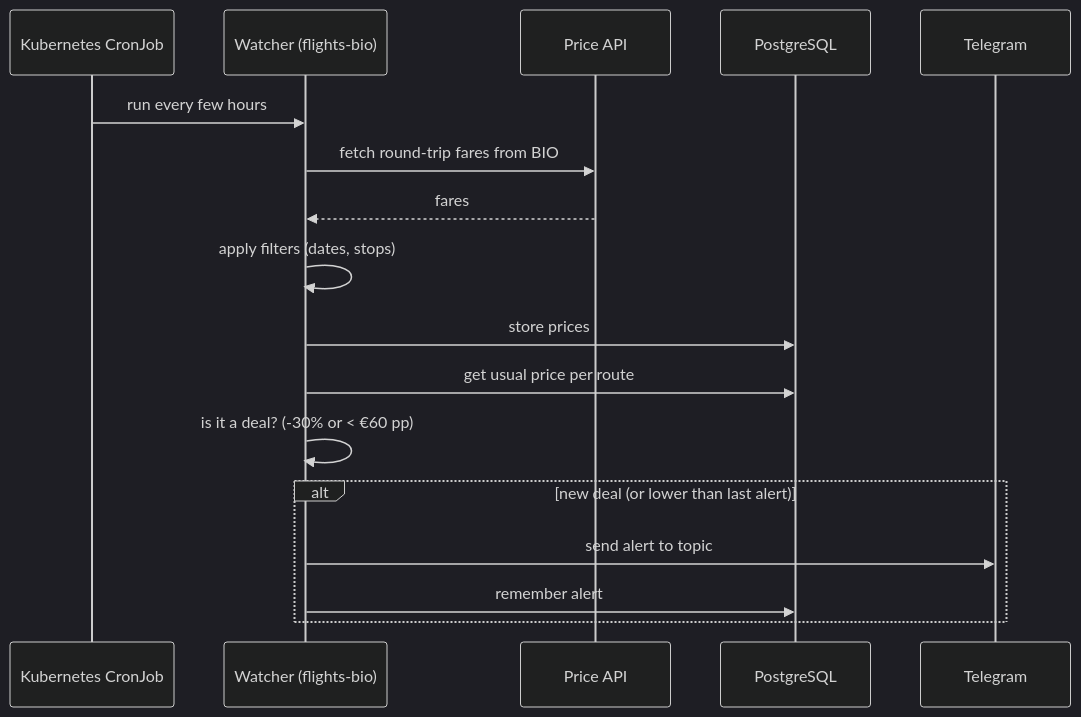
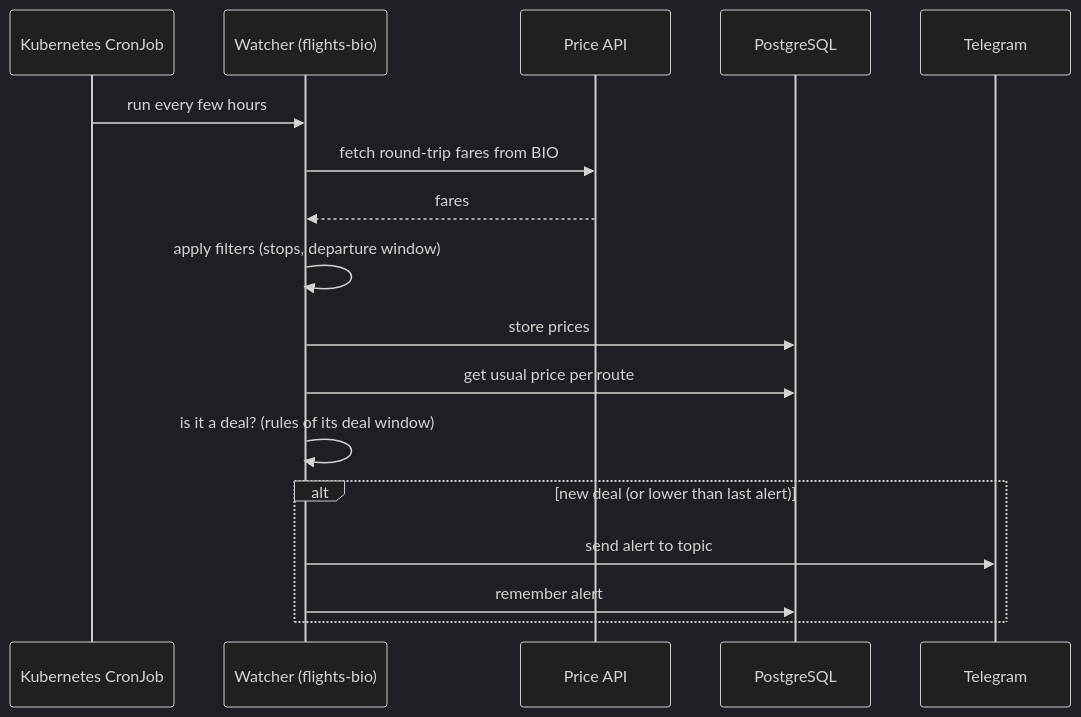
The first of 2 diagrams in docs/architecture.md (borjaviadero/bilbao-flight-deals), drawn with Mermaid (dark theme) before and after one commit. The commit also changed other lines of this file and 6 other files, not shown here.

````diff
--- a/docs/architecture.md
+++ b/docs/architecture.md
@@ -16,20 +16,20 @@
 ```mermaid
 sequenceDiagram
     participant K as Kubernetes CronJob
     participant W as Watcher (flights-bio)
     participant API as Price API
     participant DB as PostgreSQL
     participant TG as Telegram
 
     K->>W: run every few hours
     W->>API: fetch round-trip fares from BIO
     API-->>W: fares
-    W->>W: apply filters (dates, stops)
+    W->>W: apply filters (stops, departure window)
     W->>DB: store prices
     W->>DB: get usual price per route
-    W->>W: is it a deal? (-30% or < €60 pp)
+    W->>W: is it a deal? (rules of its deal window)
     alt new deal (or lower than last alert)
         W->>TG: send alert to topic
         W->>DB: remember alert
     end
 ```
````
